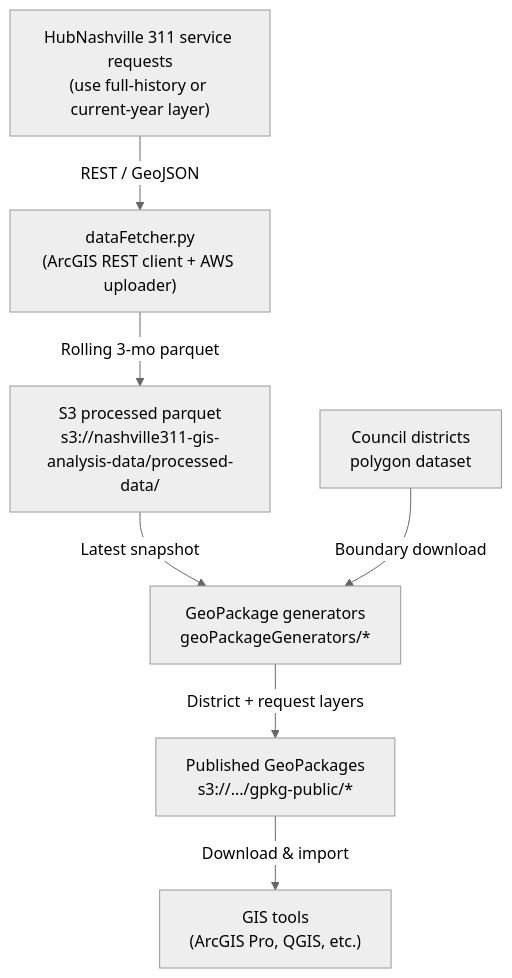
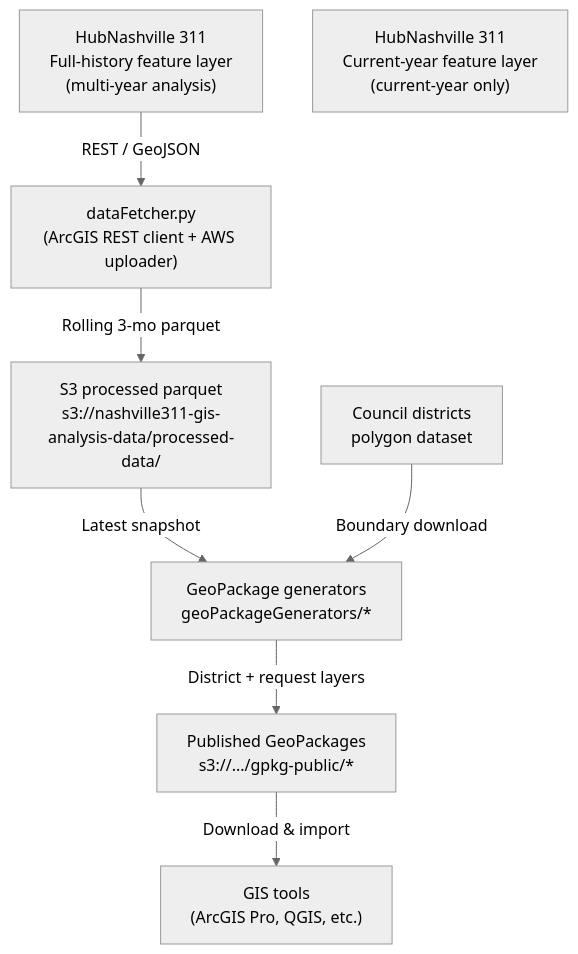
Before and after one commit to r0han01/nashville311ArcGisPipeline: the diagram in README.md, drawn with Mermaid (neutral theme).

Commit message:
Restore dual source nodes

````diff
--- a/README.md
+++ b/README.md
@@ -7,18 +7,19 @@
 ```mermaid
 graph TD
-    A1["HubNashville 311 service requests<br/>(use full-history or current-year layer)"]
+    A1["HubNashville 311<br/>Full-history feature layer<br/>(multi-year analysis)"]
+    A2["HubNashville 311<br/>Current-year feature layer<br/>(current-year only)"]
     A3["Council districts<br/>polygon dataset"]
 
     B1["dataFetcher.py<br/>(ArcGIS REST client + AWS uploader)"]
     B2["S3 processed parquet<br/>s3://nashville311-gis-analysis-data/processed-data/"]
     B3["GeoPackage generators<br/>geoPackageGenerators/*"]
     C1["Published GeoPackages<br/>s3://.../gpkg-public/*"]
     C2["GIS tools<br/>(ArcGIS Pro, QGIS, etc.)"]
 
     A1 -->|"REST / GeoJSON"| B1
     B1 -->|"Rolling 3-mo parquet"| B2
     B2 -->|"Latest snapshot"| B3
     A3 -->|"Boundary download"| B3
     B3 -->|"District + request layers"| C1
     C1 -->|"Download & import"| C2
 ```
````
